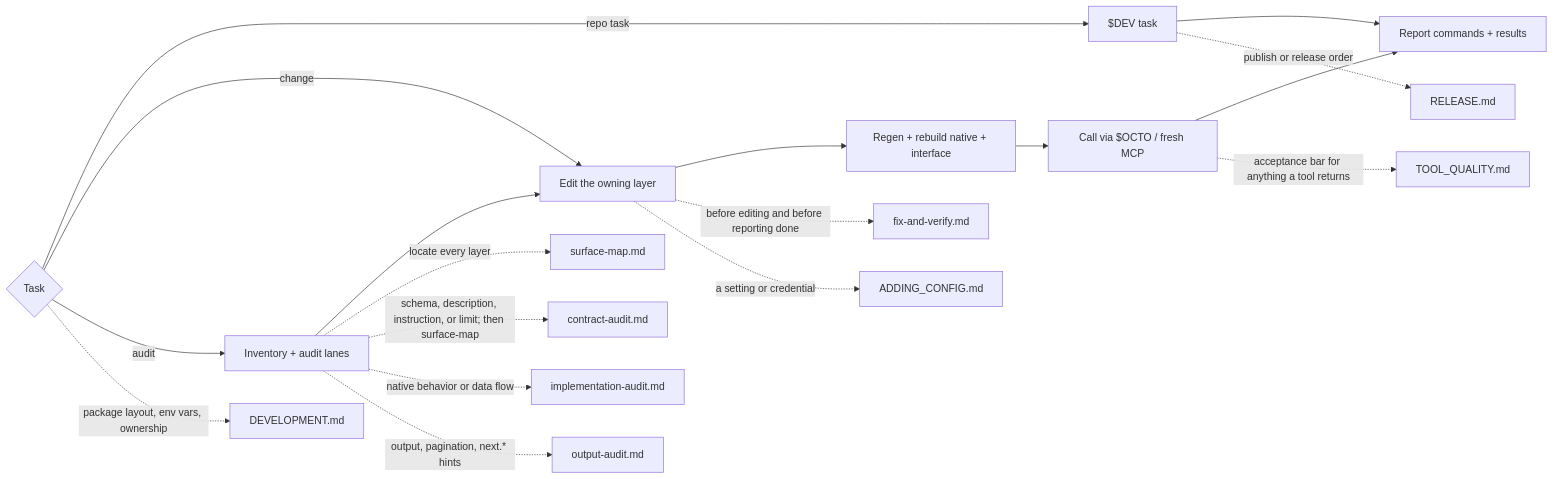
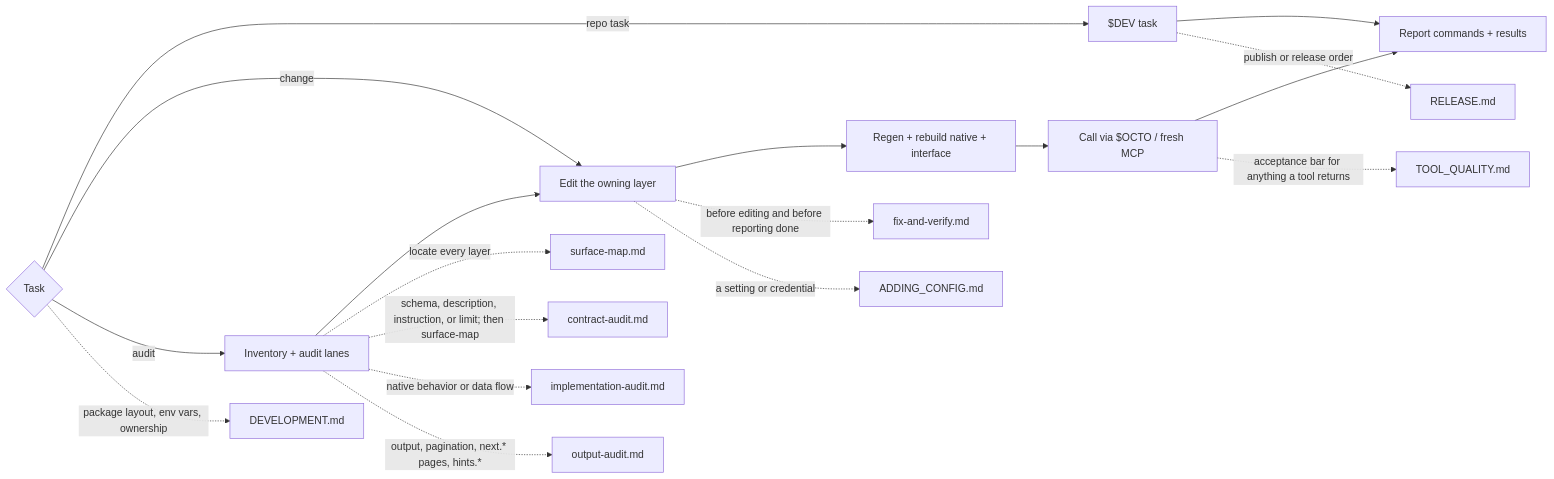
One commit to bgauryy/octocode changed the diagram in skills-dev/octocode-dev/SKILL.md. Above: the diagram before and after it, drawn with Mermaid. The commit also changed other lines of this file and 374 other files, not shown here.

````diff
--- a/skills-dev/octocode-dev/SKILL.md
+++ b/skills-dev/octocode-dev/SKILL.md
@@ -12,20 +11,20 @@
 ```mermaid
 flowchart LR
     T{Task} -- repo task --> R["$DEV task"]
     T -- change --> C[Edit the owning layer]
     T -- audit --> A[Inventory + audit lanes]
     A --> C
     C --> B["Regen + rebuild native + interface"]
     B --> V["Call via $OCTO / fresh MCP"]
     R --> P[Report commands + results]
     V --> P
     A -. "locate every layer" .-> M1["surface-map.md"]
     A -. "schema, description, instruction, or limit; then surface-map" .-> M2["contract-audit.md"]
     A -. "native behavior or data flow" .-> M3["implementation-audit.md"]
-    A -. "output, pagination, next.* hints" .-> M4["output-audit.md"]
+    A -. "output, pagination, next.* pages, hints.*" .-> M4["output-audit.md"]
     C -. "before editing and before reporting done" .-> M5["fix-and-verify.md"]
     C -. "a setting or credential" .-> D1["ADDING_CONFIG.md"]
     T -. "package layout, env vars, ownership" .-> D2["DEVELOPMENT.md"]
     R -. "publish or release order" .-> D3["RELEASE.md"]
     V -. "acceptance bar for anything a tool returns" .-> D4["TOOL_QUALITY.md"]
 ```
````
